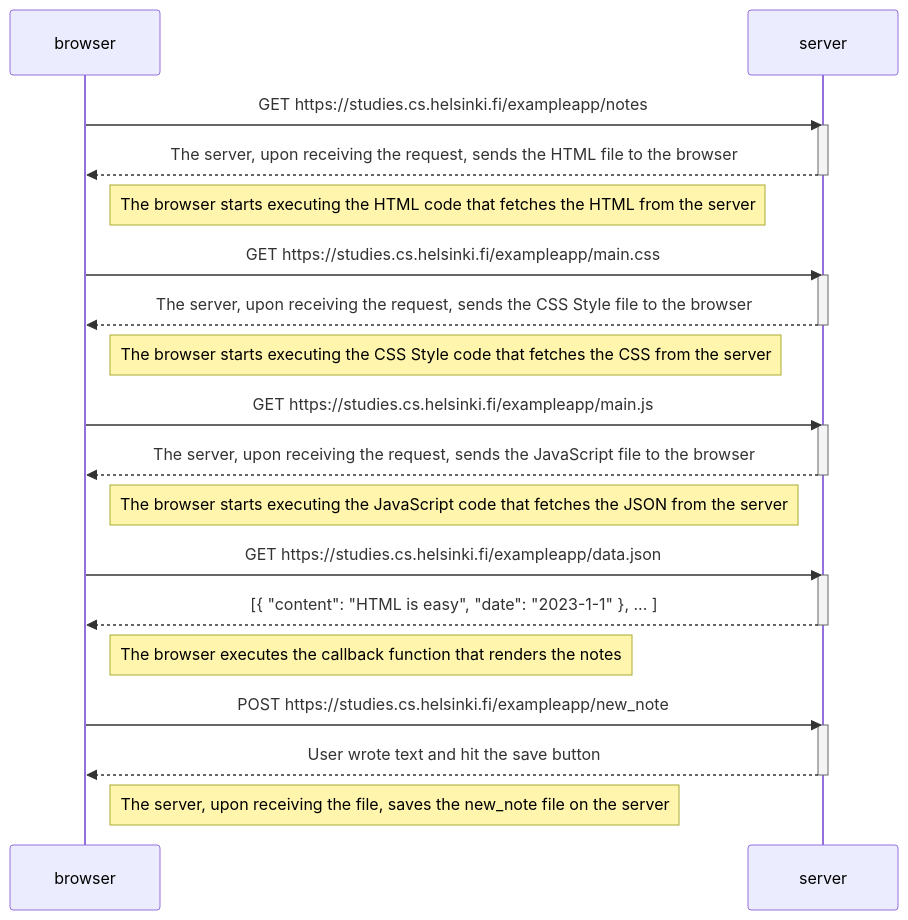
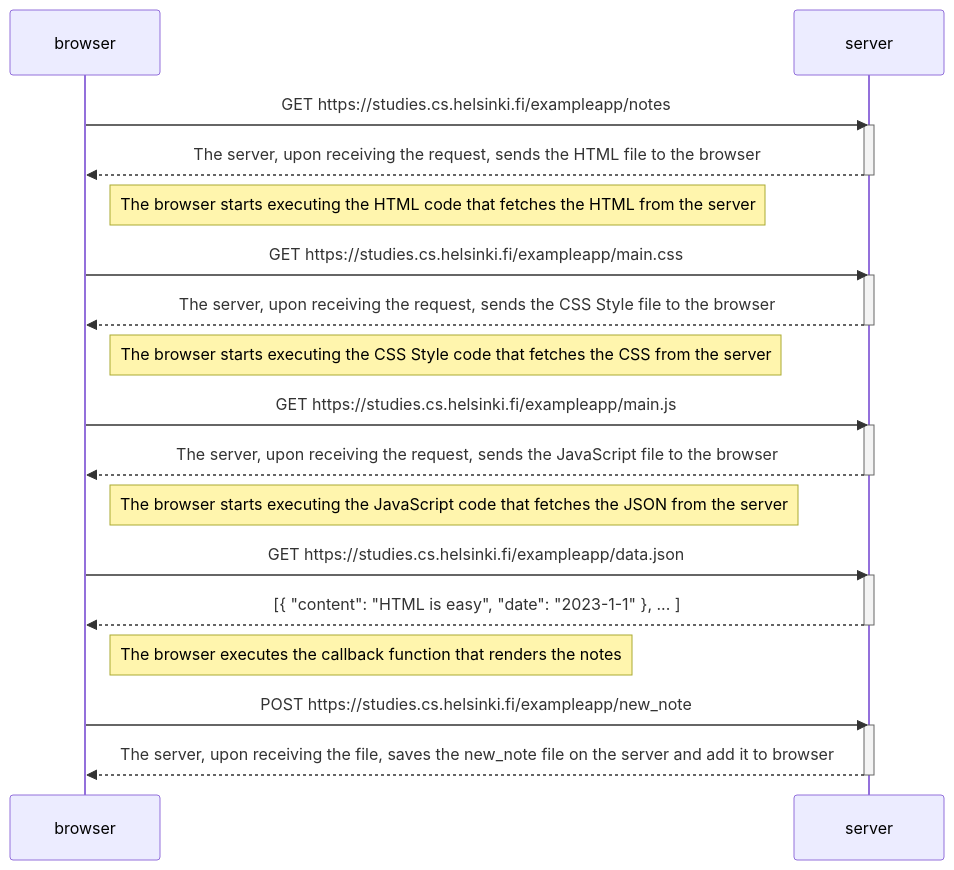
One commit to BartekR308/FullStackOpen-BRutkowski-4B changed the diagram in diagram1.md. Above: the diagram before and after it, drawn with Mermaid.

````diff
--- a/diagram1.md
+++ b/diagram1.md
@@ -1,44 +1,42 @@
 ```mermaid
     sequenceDiagram
     participant browser
     participant server
 
     browser->>server: GET https://studies.cs.helsinki.fi/exampleapp/notes
     activate server
     server-->>browser: The server, upon receiving the request, sends the HTML file to the browser
     deactivate server
 
     Note right of browser: The browser starts executing the HTML code that fetches the HTML from the server
 
     browser->>server: GET https://studies.cs.helsinki.fi/exampleapp/main.css
     activate server
     server-->>browser: The server, upon receiving the request, sends the CSS Style file to the browser
     deactivate server
 
     Note right of browser: The browser starts executing the CSS Style code that fetches the CSS from the server
 
     browser->>server: GET https://studies.cs.helsinki.fi/exampleapp/main.js
     activate server
     server-->>browser: The server, upon receiving the request, sends the JavaScript file to the browser
     deactivate server
 
     Note right of browser: The browser starts executing the JavaScript code that fetches the JSON from the server
 
     browser->>server: GET https://studies.cs.helsinki.fi/exampleapp/data.json
     activate server
     server-->>browser: [{ "content": "HTML is easy", "date": "2023-1-1" }, ... ]
     deactivate server
     
     Note right of browser: The browser executes the callback function that renders the notes
 
     
 
     browser->>server: POST https://studies.cs.helsinki.fi/exampleapp/new_note
     activate server
-    server-->>browser:User wrote text and hit the save button
+    server-->>browser:The server, upon receiving the file, saves the new_note file on the server and add it to browser
     deactivate server
-
-    Note right of browser: The server, upon receiving the file, saves the new_note file on the server
     
 
 ```
````
